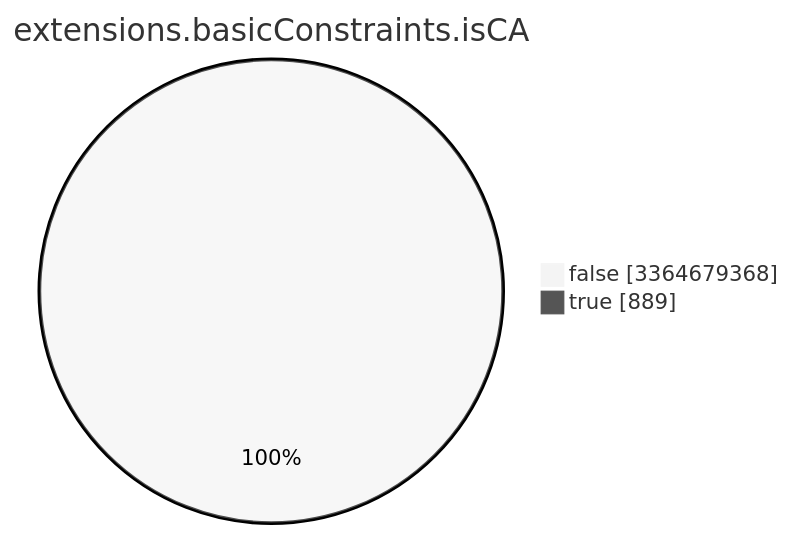
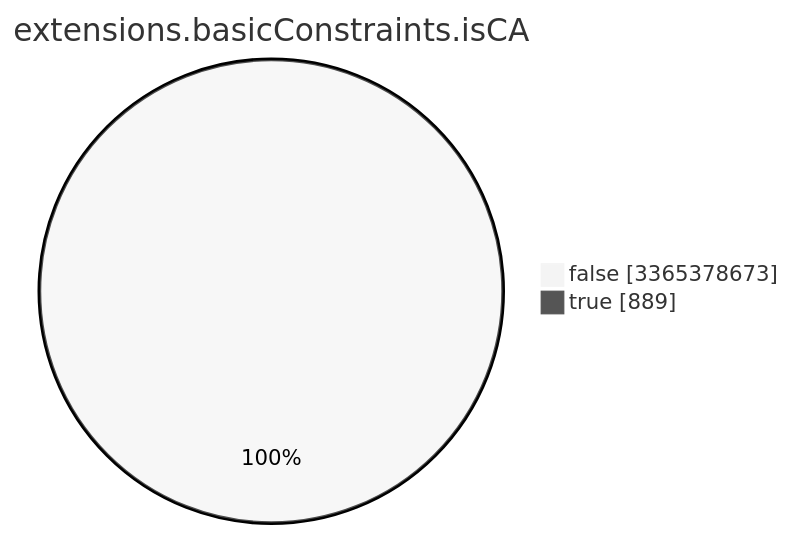
Before and after one commit to christiankrug/ctmonitor_visualization: the seventh of 15 diagrams in TOTAL/README.md, drawn with Mermaid (neutral theme). The commit also changed other lines of this file, not shown here.

````diff
--- a/TOTAL/README.md
+++ b/TOTAL/README.md
@@ -3090,6 +3090,6 @@
 ```mermaid
 pie showData
 title extensions.basicConstraints.isCA
-"false" :3364679368
+"false" :3365378673
 "true" :889
 ```
````
